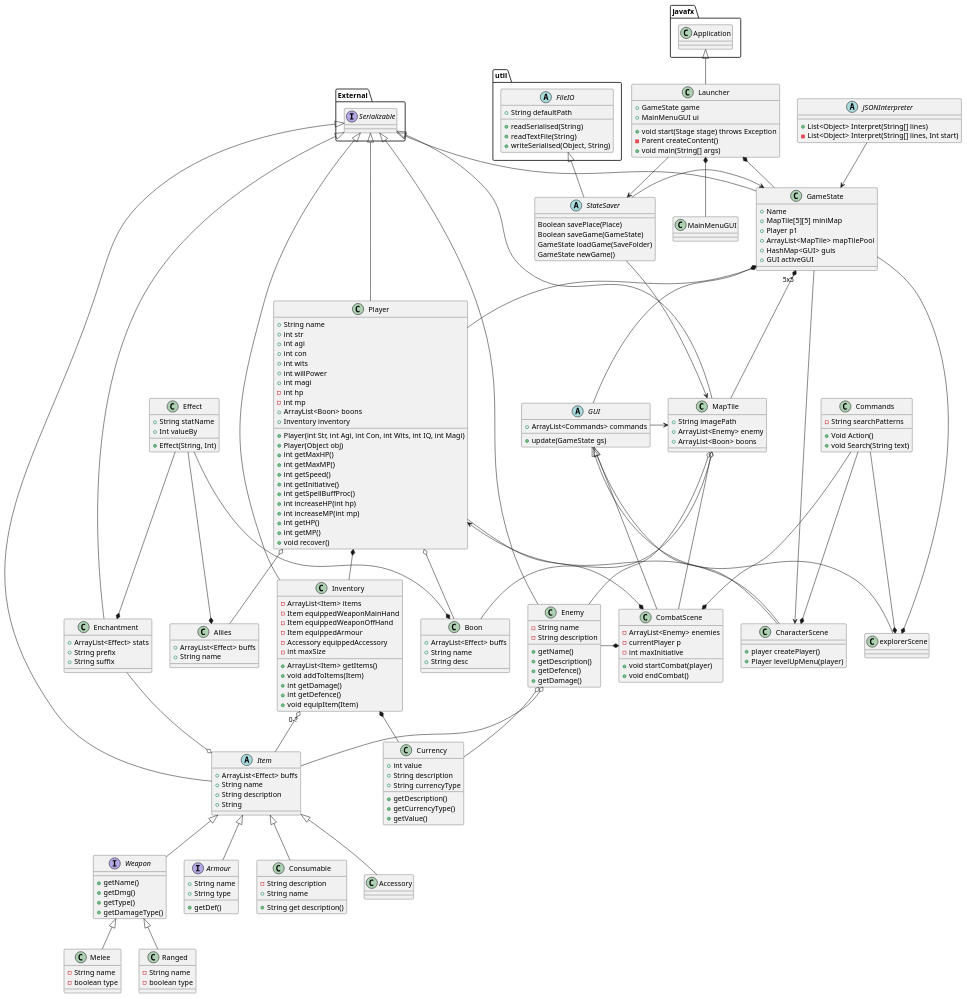
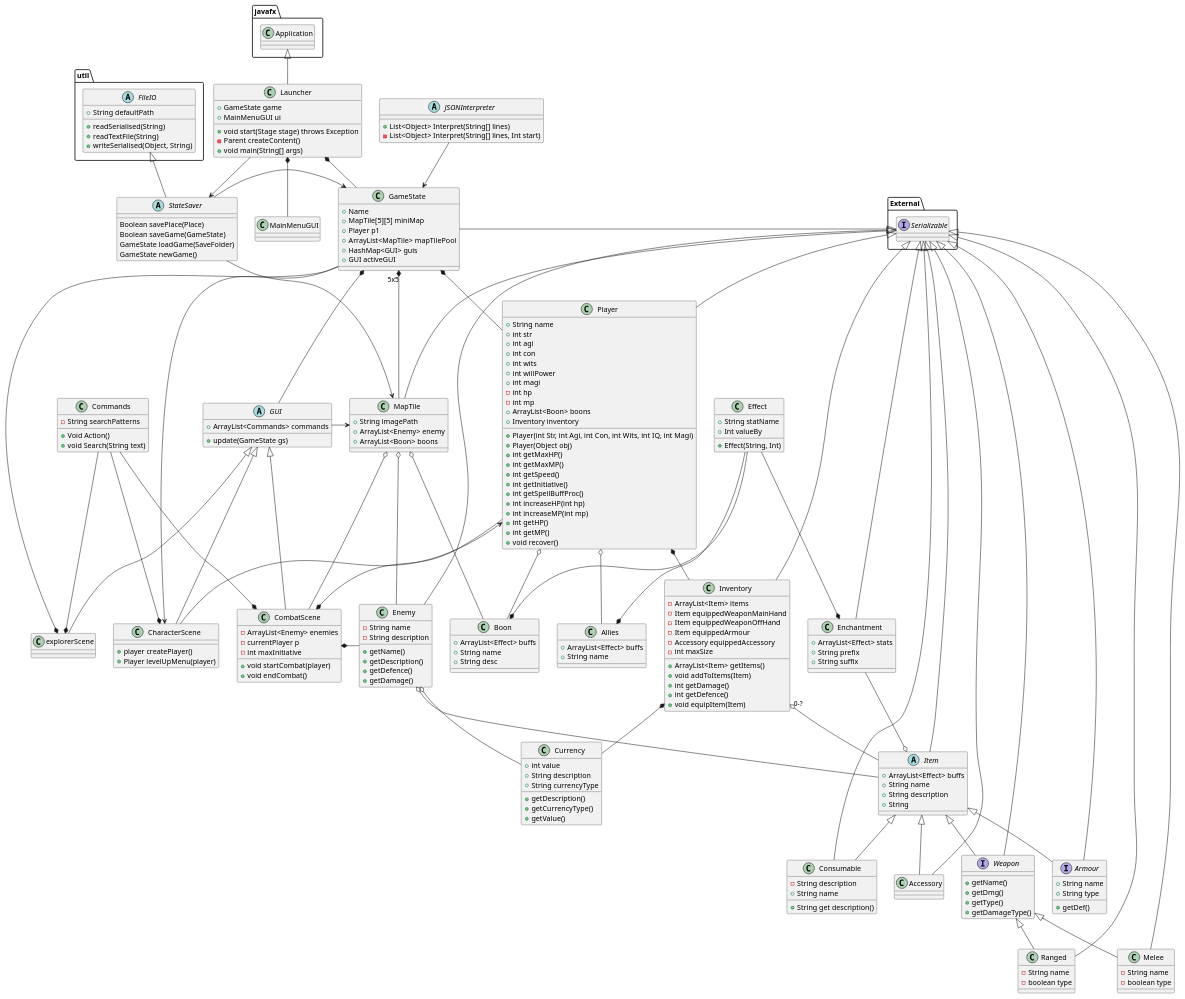
The diagram in Documentation/klassediagram.puml (SirRolin/Philoshopers-ICE), drawn with PlantUML before and after one commit. The commit also changed 1 other file, not shown here.

Commit message:
Test af Serializable

```diff
--- a/Documentation/klassediagram.puml
+++ b/Documentation/klassediagram.puml
@@ -105,31 +105,31 @@
     + String description
     + String
 }
-interface Weapon extends Item{
+interface Weapon extends Item, External.Serializable {
     +getName()
     +getDmg()
     +getType()
     +getDamageType()
 }
-class Melee extends Weapon{
+class Melee extends Weapon, External.Serializable {
     - String name
     - boolean type
 }
-class Ranged extends Weapon{
+class Ranged extends Weapon, External.Serializable {
     - String name
     - boolean type
 }
-interface Armour extends Item{
+interface Armour extends Item, External.Serializable {
     + String name
     + String type
     + getDef()
 }
-class Consumable extends Item{
+class Consumable extends Item, External.Serializable {
     - String description
     + String get description()
     + String name
 }
-class Accessory extends Item{
+class Accessory extends Item, External.Serializable {
 }
 class Enchantment extends External.Serializable{
     + ArrayList<Effect> stats
```
